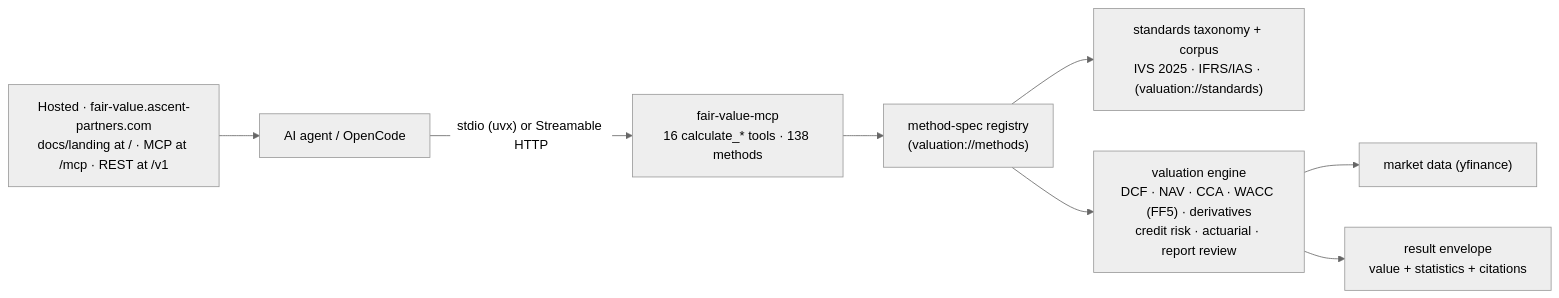
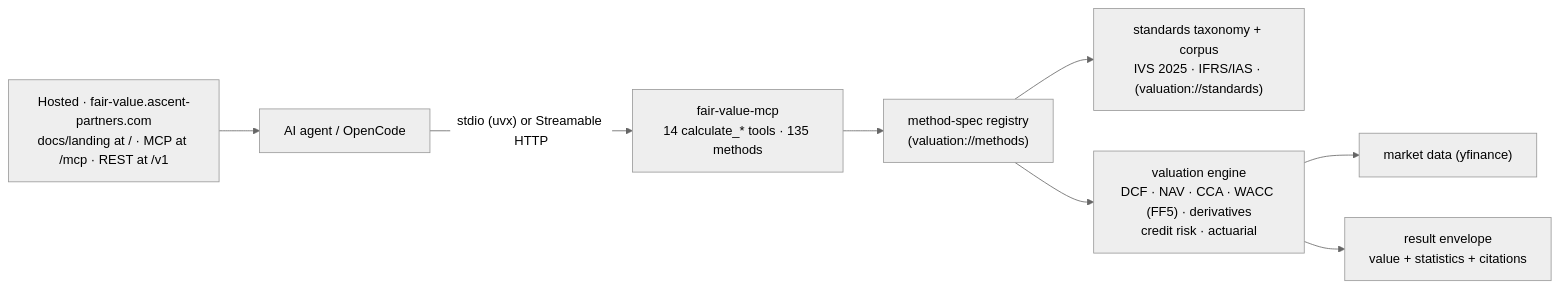
Before and after one commit to simonmak-ascent/fair-value: the first of 3 diagrams in README.md, drawn with Mermaid (neutral theme). The commit also changed other lines of this file and 60 other files, not shown here.

First line of the commit message:
refactor: make fair-value a pure compute engine

````diff
--- a/README.md
+++ b/README.md
@@ -45,10 +45,10 @@
 ```mermaid
 flowchart LR
-  CLIENT["AI agent / OpenCode"] -->|"stdio (uvx) or Streamable HTTP"| MCP["fair-value-mcp<br/>16 calculate_* tools · 138 methods"]
+  CLIENT["AI agent / OpenCode"] -->|"stdio (uvx) or Streamable HTTP"| MCP["fair-value-mcp<br/>14 calculate_* tools · 135 methods"]
   HOST["Hosted · fair-value.ascent-partners.com<br/>docs/landing at / · MCP at /mcp · REST at /v1"] --> CLIENT
   MCP --> REG["method-spec registry<br/>(valuation://methods)"]
   REG --> STD["standards taxonomy + corpus<br/>IVS 2025 · IFRS/IAS · (valuation://standards)"]
-  REG --> CORE["valuation engine<br/>DCF · NAV · CCA · WACC (FF5) · derivatives<br/>credit risk · actuarial · report review"]
+  REG --> CORE["valuation engine<br/>DCF · NAV · CCA · WACC (FF5) · derivatives<br/>credit risk · actuarial"]
   CORE --> DATA["market data (yfinance)"]
   CORE --> ENV["result envelope<br/>value + statistics + citations"]
 ```
````
